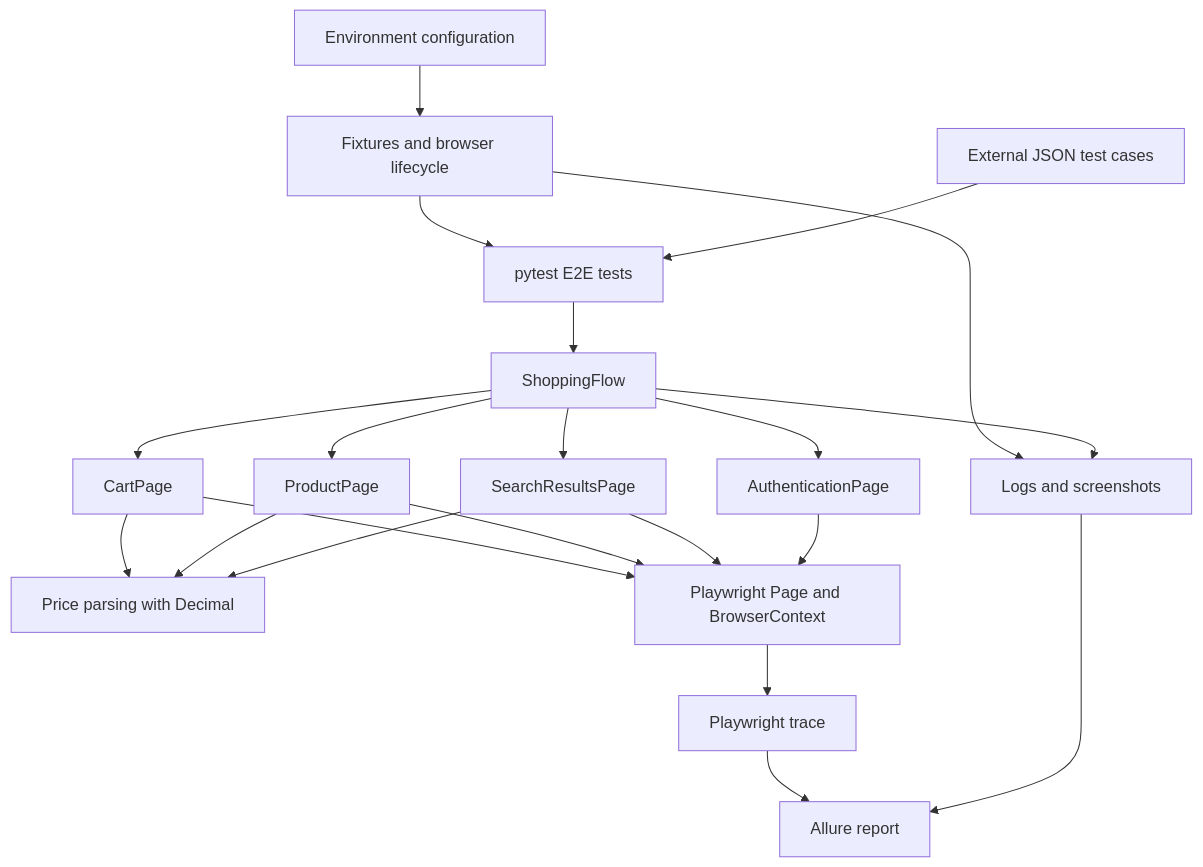
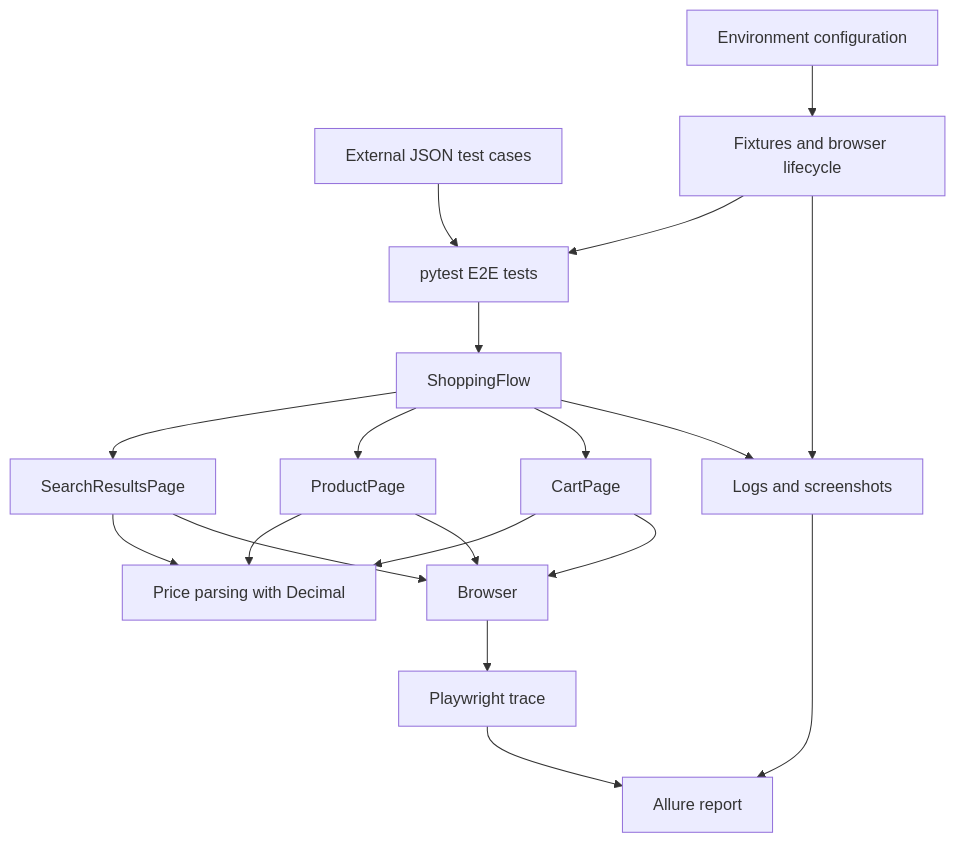
The diagram in docs/architecture.md (Ni172/ebay-playwright-automation), drawn with Mermaid before and after one commit. The commit also changed other lines of this file and 14 other files, not shown here.

````diff
--- a/docs/architecture.md
+++ b/docs/architecture.md
@@ -13,23 +13,21 @@
 ```mermaid
 flowchart TD
     Data[External JSON test cases] --> Tests[pytest E2E tests]
     Config[Environment configuration] --> Fixtures[Fixtures and browser lifecycle]
     Fixtures --> Tests
     Tests --> Flow[ShoppingFlow]
-    Flow --> Auth[AuthenticationPage]
     Flow --> Search[SearchResultsPage]
     Flow --> Product[ProductPage]
     Flow --> Cart[CartPage]
     Search --> Price[Price parsing with Decimal]
     Product --> Price
     Cart --> Price
-    Auth --> Browser[Playwright Page and BrowserContext]
     Search --> Browser
     Product --> Browser
     Cart --> Browser
     Flow --> Evidence[Logs and screenshots]
     Fixtures --> Evidence
     Browser --> Trace[Playwright trace]
     Evidence --> Allure[Allure report]
     Trace --> Allure
 ```
````
